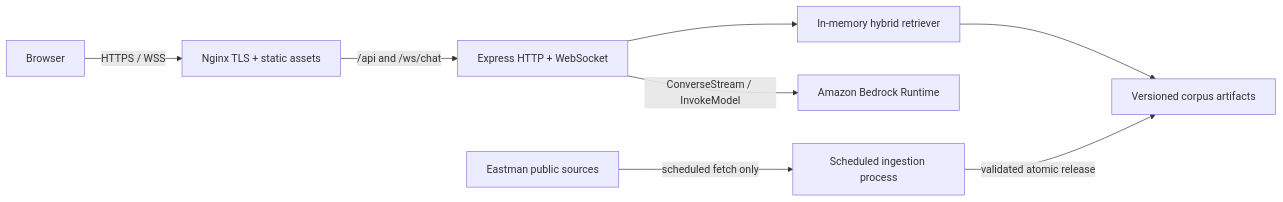
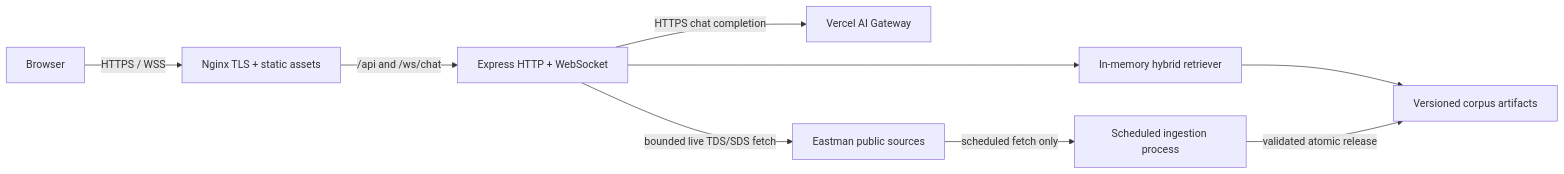
Before and after one commit to LokeshGoswami2003/AI-Product-Finder: the first of 3 diagrams in knowledge.md, drawn with Mermaid. The commit also changed other lines of this file and 29 other files, not shown here.

````diff
--- a/knowledge.md
+++ b/knowledge.md
@@ -445,19 +449,20 @@
 ```mermaid
 flowchart LR
 		U[Browser]
 		N[Nginx TLS + static assets]
 		E[Express HTTP + WebSocket]
 		R[In-memory hybrid retriever]
 		A[Versioned corpus artifacts]
-		B[Amazon Bedrock Runtime]
+		G[Vercel AI Gateway]
 		X[Eastman public sources]
 		I[Scheduled ingestion process]
 
 		U -->|HTTPS / WSS| N
 		N -->|/api and /ws/chat| E
 		E --> R
 		R --> A
-		E -->|ConverseStream / InvokeModel| B
+		E -->|HTTPS chat completion| G
+		E -->|bounded live TDS/SDS fetch| X
 		X -->|scheduled fetch only| I
 		I -->|validated atomic release| A
 ```
````
